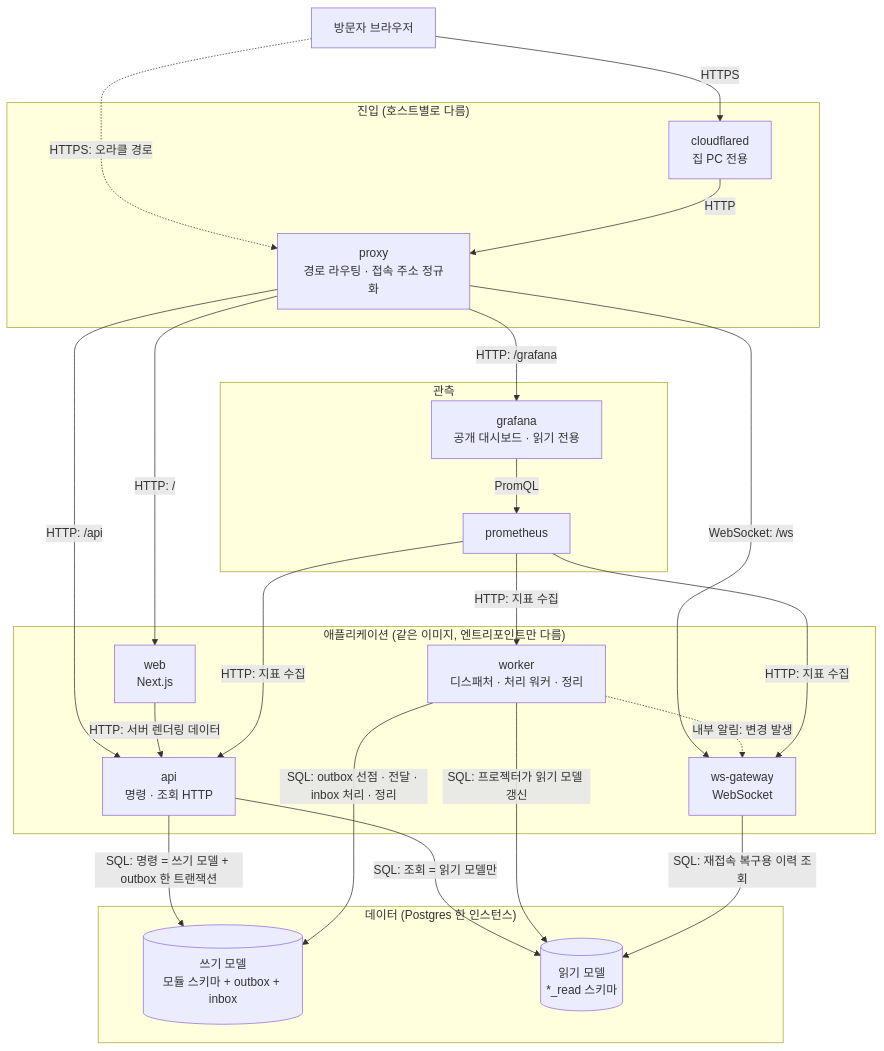
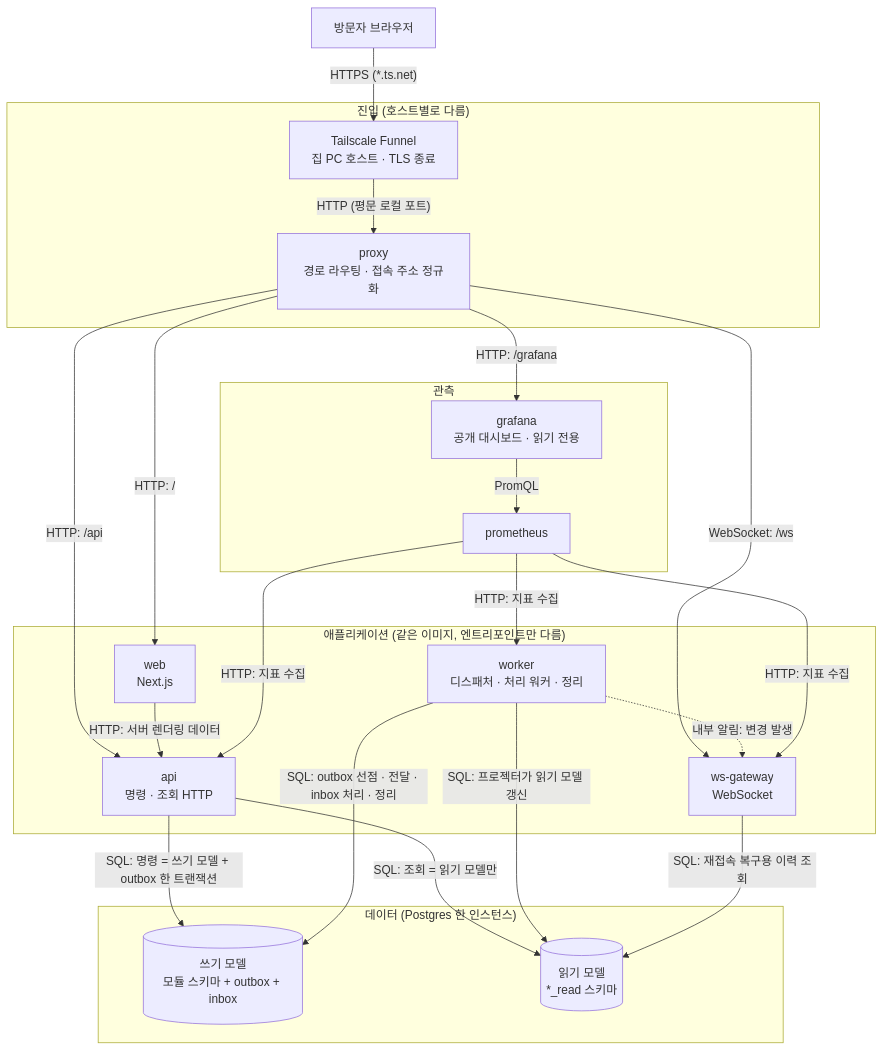
The first of 3 diagrams in docs/domains/architecture.md (1985jwlee/portpolio_backend), drawn with Mermaid before and after one commit. The commit also changed other lines of this file and 50 other files, not shown here.

````diff
--- a/docs/domains/architecture.md
+++ b/docs/domains/architecture.md
@@ -21,41 +21,40 @@
 ```mermaid
 flowchart TB
     Visitor["방문자 브라우저"]
     subgraph Edge["진입 (호스트별로 다름)"]
-        Tunnel["cloudflared<br>집 PC 전용"]
+        Tunnel["Tailscale Funnel<br>집 PC 호스트 · TLS 종료"]
         Proxy["proxy<br>경로 라우팅 · 접속 주소 정규화"]
     end
     subgraph App["애플리케이션 (같은 이미지, 엔트리포인트만 다름)"]
         Web["web<br>Next.js"]
         Api["api<br>명령 · 조회 HTTP"]
         Ws["ws-gateway<br>WebSocket"]
         Worker["worker<br>디스패처 · 처리 워커 · 정리"]
     end
     subgraph Data["데이터 (Postgres 한 인스턴스)"]
         WModel[("쓰기 모델<br>모듈 스키마 + outbox + inbox")]
         RModel[("읽기 모델<br>*_read 스키마")]
     end
     subgraph Obs["관측"]
         Prom["prometheus"]
         Graf["grafana<br>공개 대시보드 · 읽기 전용"]
     end
 
-    Visitor -->|"HTTPS"| Tunnel
-    Visitor -.->|"HTTPS: 오라클 경로"| Proxy
-    Tunnel -->|"HTTP"| Proxy
+    Visitor -->|"HTTPS (*.ts.net)"| Tunnel
+    Tunnel -->|"HTTP (평문 로컬 포트)"| Proxy
     Proxy -->|"HTTP: /"| Web
     Proxy -->|"HTTP: /api"| Api
     Proxy -->|"WebSocket: /ws"| Ws
     Proxy -->|"HTTP: /grafana"| Graf
     Web -->|"HTTP: 서버 렌더링 데이터"| Api
     Api -->|"SQL: 명령 = 쓰기 모델 + outbox 한 트랜잭션"| WModel
     Api -->|"SQL: 조회 = 읽기 모델만"| RModel
     Worker -->|"SQL: outbox 선점 · 전달 · inbox 처리 · 정리"| WModel
     Worker -->|"SQL: 프로젝터가 읽기 모델 갱신"| RModel
     Worker -.->|"내부 알림: 변경 발생"| Ws
     Ws -->|"SQL: 재접속 복구용 이력 조회"| RModel
     Prom -->|"HTTP: 지표 수집"| Api
     Prom -->|"HTTP: 지표 수집"| Ws
     Prom -->|"HTTP: 지표 수집"| Worker
     Graf -->|"PromQL"| Prom
 ```
````
